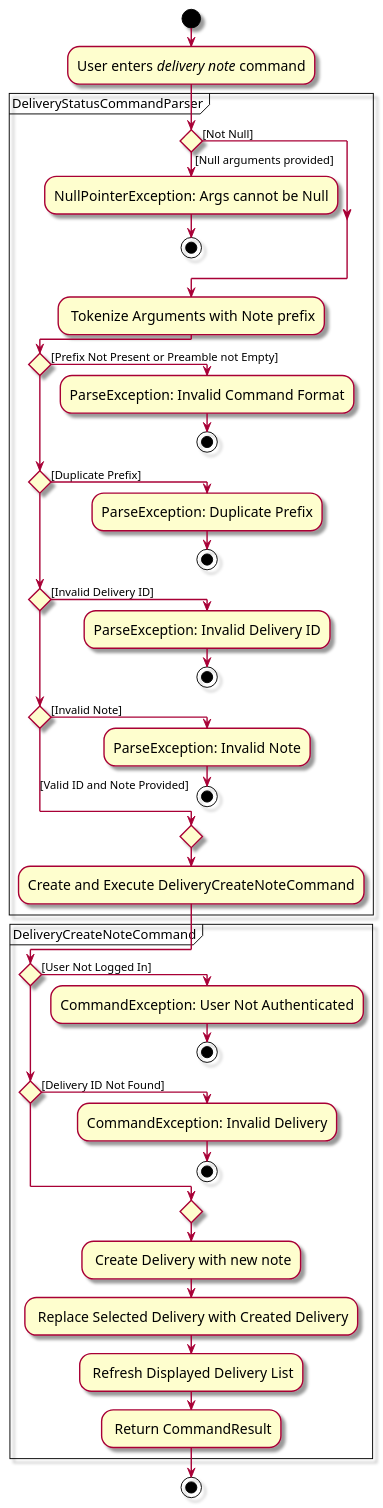
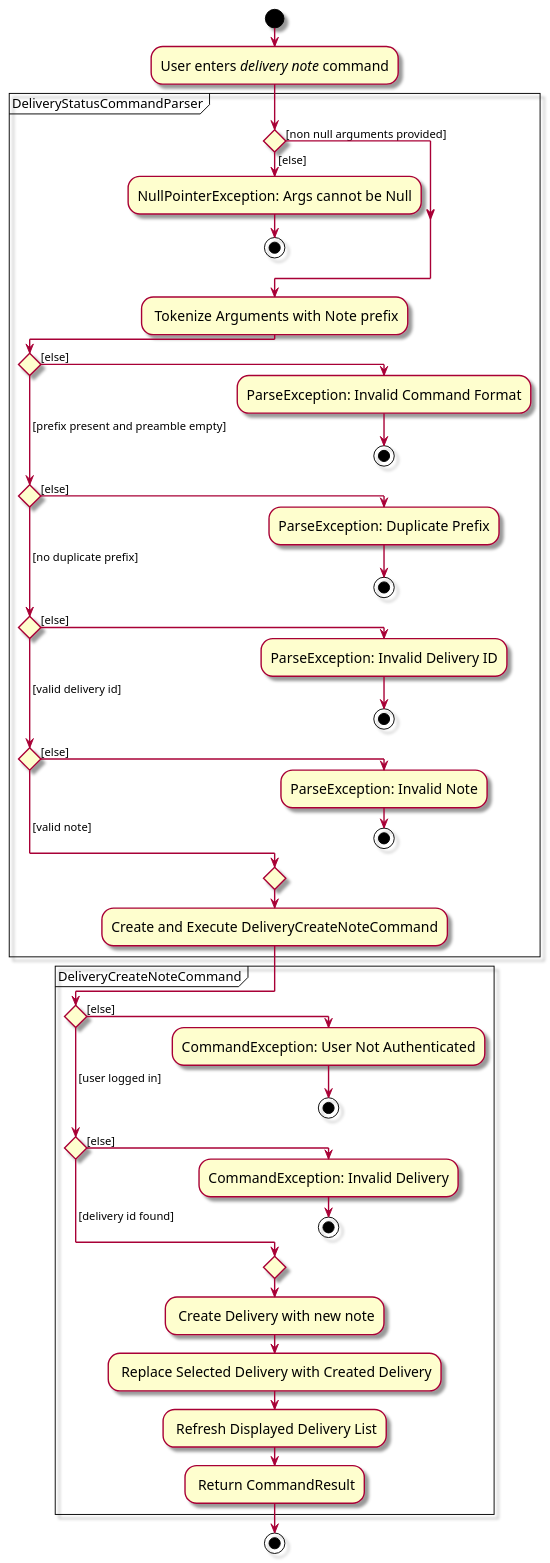
Before and after one commit to zhonghan721/tp: the diagram in docs/diagrams/DeliveryCreateNoteActivityDiagram.puml, drawn with PlantUML. The commit also changed 1 other file, not shown here.

Commit message:
Modify DeliveryCreateNoteActivityDiagram.puml to follow formatting
Include conditions for all paths in activity diagram.

Fix duplication of method return for parseCommand.

```diff
--- a/docs/diagrams/DeliveryCreateNoteActivityDiagram.puml
+++ b/docs/diagrams/DeliveryCreateNoteActivityDiagram.puml
@@ -1,50 +1,50 @@
 @startuml
 skin rose
 skinparam ActivityFontSize 15
 skinparam ArrowFontSize 12
 
 !pragma useVerticalIf on
 start
 :User enters <i>delivery note</i> command;
 partition DeliveryStatusCommandParser {
-    if () then ([Null arguments provided])
+    if () then ([else])
         :NullPointerException: Args cannot be Null;
         stop
-    else ([Not Null])
+    else ([non null arguments provided])
     endif
     : Tokenize Arguments with Note prefix;
-    if () then ([Prefix Not Present or Preamble not Empty])
+    if () then ([else])
         :ParseException: Invalid Command Format;
         stop
-    elseif () then ([Duplicate Prefix])
+    ( [prefix present and preamble empty]) elseif () then ([else])
         :ParseException: Duplicate Prefix;
         stop
-    elseif () then ([Invalid Delivery ID])
+    ( [no duplicate prefix]) elseif () then ([else])
         :ParseException: Invalid Delivery ID;
          stop
-    elseif () then ([Invalid Note])
+    ( [valid delivery id]) elseif () then ([else])
         :ParseException: Invalid Note;
         stop
-    else ([Valid ID and Note Provided])
+    else ( [valid note])
     endif
     :Create and Execute DeliveryCreateNoteCommand;
 }
 
 partition DeliveryCreateNoteCommand {
-    if () then ([User Not Logged In])
+    if () then ([else])
         :CommandException: User Not Authenticated;
         stop
-    elseif () then ([Delivery ID Not Found])
+    ( [user logged in]) elseif () then ([else])
         :CommandException: Invalid Delivery;
         stop
-    else ()
+    else ( [delivery id found])
     endif
     : Create Delivery with new note;
     : Replace Selected Delivery with Created Delivery;
     : Refresh Displayed Delivery List;
     : Return CommandResult;
 }
 
 stop
 
 @enduml
```
